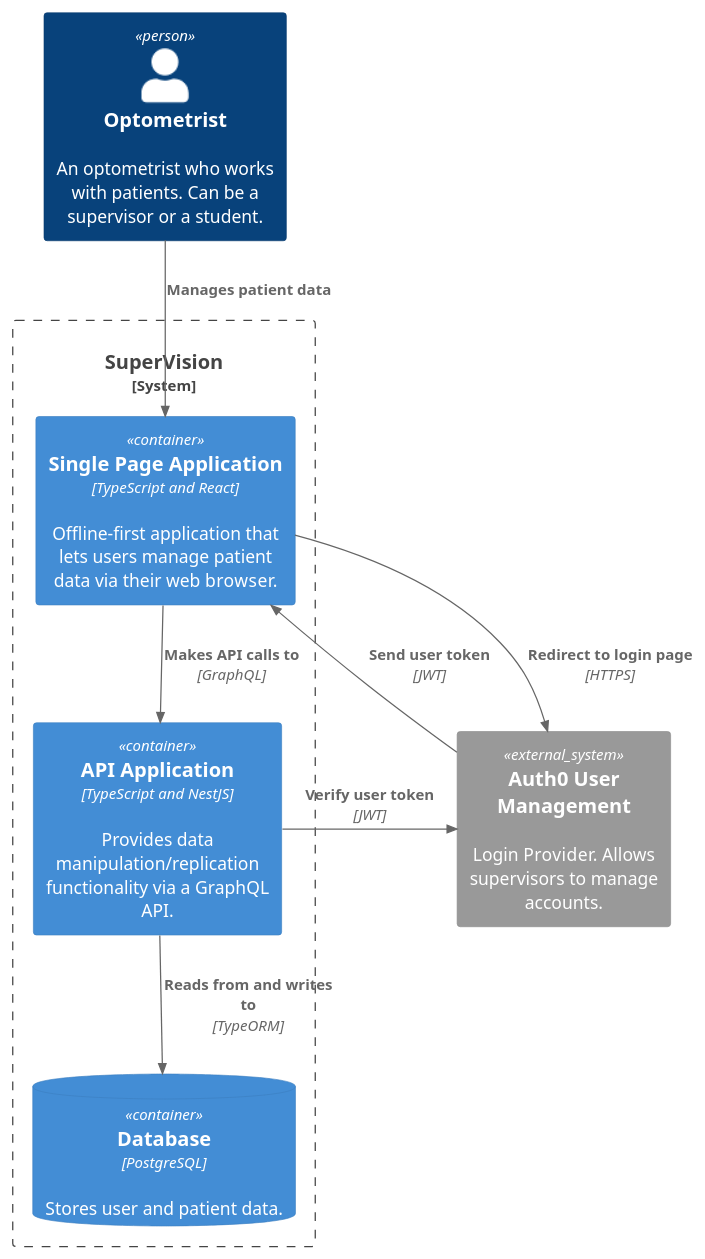
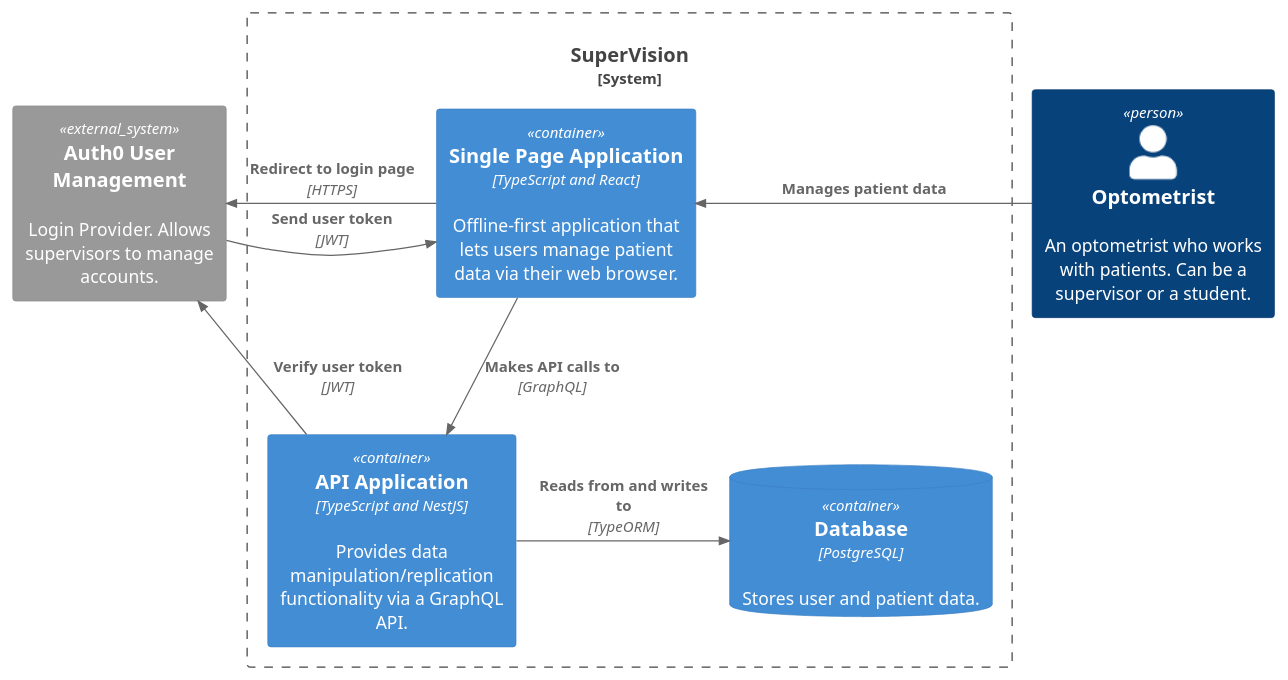
Before and after one commit to University-of-Auckland-SOFTENG761/supervision: the diagram in apps/c4-diagram/src/SuperVision/container.puml, drawn with PlantUML. The commit also changed 2 other files, not shown here.

```diff
--- a/apps/c4-diagram/src/SuperVision/container.puml
+++ b/apps/c4-diagram/src/SuperVision/container.puml
@@ -1,18 +1,18 @@
 @startuml
 !include https://raw.githubusercontent.com/adrianvlupu/C4-PlantUML/latest/C4_Container.puml
 
 Person(opt, "Optometrist", "An optometrist who works with patients. Can be a supervisor or a student.")
 System_Boundary(sv, "SuperVision") {
     Container(spa, "Single Page Application", "TypeScript and React", "Offline-first application that lets users manage patient data via their web browser.")
     ContainerDb(db, "Database", "PostgreSQL", "Stores user and patient data.")
     Container(api, "API Application", "TypeScript and NestJS", "Provides data manipulation/replication functionality via a GraphQL API.")
 }
 System_Ext(auth0, "Auth0 User Management", "Login Provider. Allows supervisors to manage accounts.")
 
-Rel(opt, spa, "Manages patient data")
-Rel(spa, auth0, "Redirect to login page", HTTPS)
-Rel(auth0, spa, "Send user token", JWT)
-Rel(api, auth0, "Verify user token", JWT)
+Rel_R(opt, spa, "Manages patient data")
+Rel_R(spa, auth0, "Redirect to login page", HTTPS)
+Rel_L(auth0, spa, "Send user token", JWT)
+Rel_L(api, auth0, "Verify user token", JWT)
 Rel(spa, api, "Makes API calls to", GraphQL)
-Rel(api, db, "Reads from and writes to", TypeORM)
+Rel_R(api, db, "Reads from and writes to", TypeORM)
 @enduml
```
